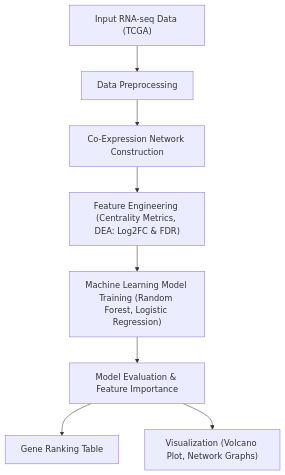
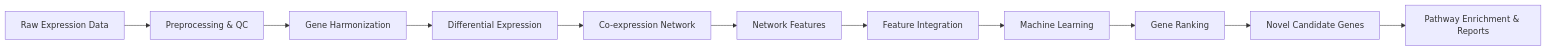
The first of 2 diagrams in README.md (omicscodeathon/gloom), drawn with Mermaid before and after one commit. The commit also changed other lines of this file, not shown here.

````diff
--- a/README.md
+++ b/README.md
@@ -152,15 +89,13 @@
-``` mermaid
-
-graph TD
-
-    A["Input RNA-seq Data (TCGA)"] --> B[Data Preprocessing]
-
-    B --> C[Co-Expression Network Construction]
-    C --> D["Feature Engineering (Centrality Metrics, DEA: Log2FC & FDR)"]
-    D --> E["Machine Learning Model Training (Random Forest, Logistic Regression)"]
-    E --> F[Model Evaluation & Feature Importance]
-    F --> G[Gene Ranking Table]
-    F --> H["Visualization (Volcano Plot, Network Graphs)"]
-
-
+```mermaid
+flowchart LR
+    A[Raw Expression Data] --> B[Preprocessing & QC]
+    B --> C[Gene Harmonization]
+    C --> D[Differential Expression]
+    D --> E[Co-expression Network]
+    E --> F[Network Features]
+    F --> G[Feature Integration]
+    G --> H[Machine Learning]
+    H --> I[Gene Ranking]
+    I --> J[Novel Candidate Genes]
+    J --> K[Pathway Enrichment & Reports]
 ```
````
